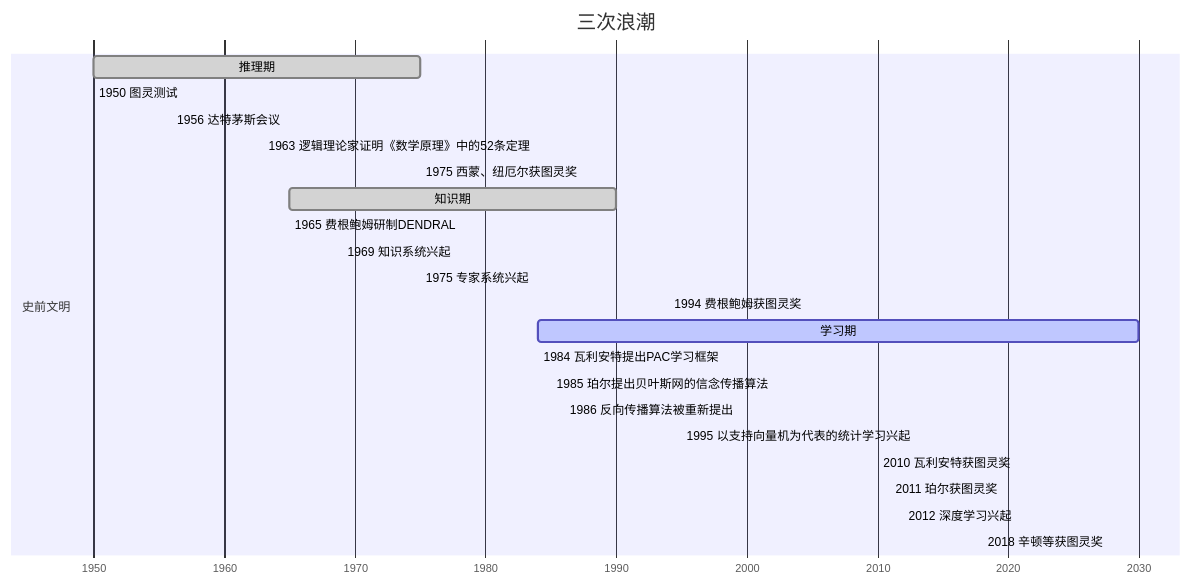
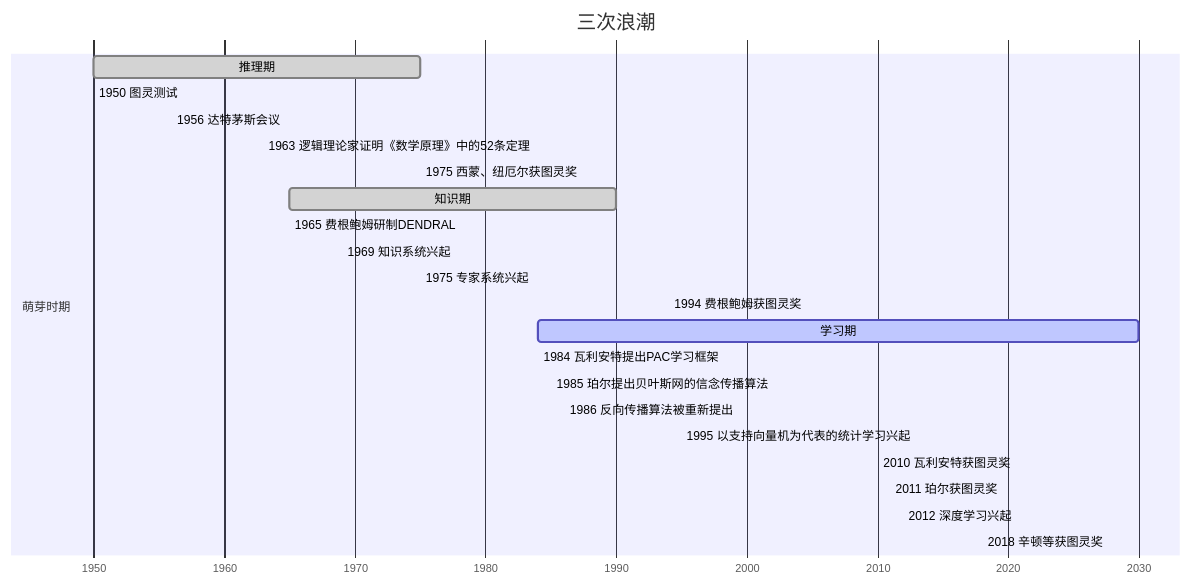
One commit to Avanti1980/course-ml changed the diagram in mermaid/ai.mermaid. Above: the diagram before and after it, drawn with Mermaid. The commit also changed 17 other files, not shown here.

```diff
--- a/mermaid/ai.mermaid
+++ b/mermaid/ai.mermaid
@@ -1,29 +1,29 @@
 gantt
 todayMarker off
 dateFormat YYYY
 axisFormat %Y
 title 三次浪潮
 
-section 史前文明
+section 萌芽时期
 
 推理期: done, 1950, 1975
 1950 图灵测试: 1950, milestone
 1956 达特茅斯会议: 1956, milestone
 1963 逻辑理论家证明《数学原理》中的52条定理: 1963, milestone
 1975 西蒙、纽厄尔获图灵奖: 1975, milestone
 
 知识期: done, 1965, 1990
 1965 费根鲍姆研制DENDRAL: 1965, milestone
 1969 知识系统兴起: 1969, milestone
 1975 专家系统兴起: 1975, milestone
 1994 费根鲍姆获图灵奖: 1994, milestone
 
 学习期: active, 1984, 2030
 1984 瓦利安特提出PAC学习框架: 1984, milestone
 1985 珀尔提出贝叶斯网的信念传播算法: 1985, milestone
 1986 反向传播算法被重新提出: 1986, milestone
 1995 以支持向量机为代表的统计学习兴起: 1995, milestone
 2010 瓦利安特获图灵奖: 2010, milestone
 2011 珀尔获图灵奖: 2011, milestone
 2012 深度学习兴起: 2012, milestone
 2018 辛顿等获图灵奖: 2018, milestone
```
